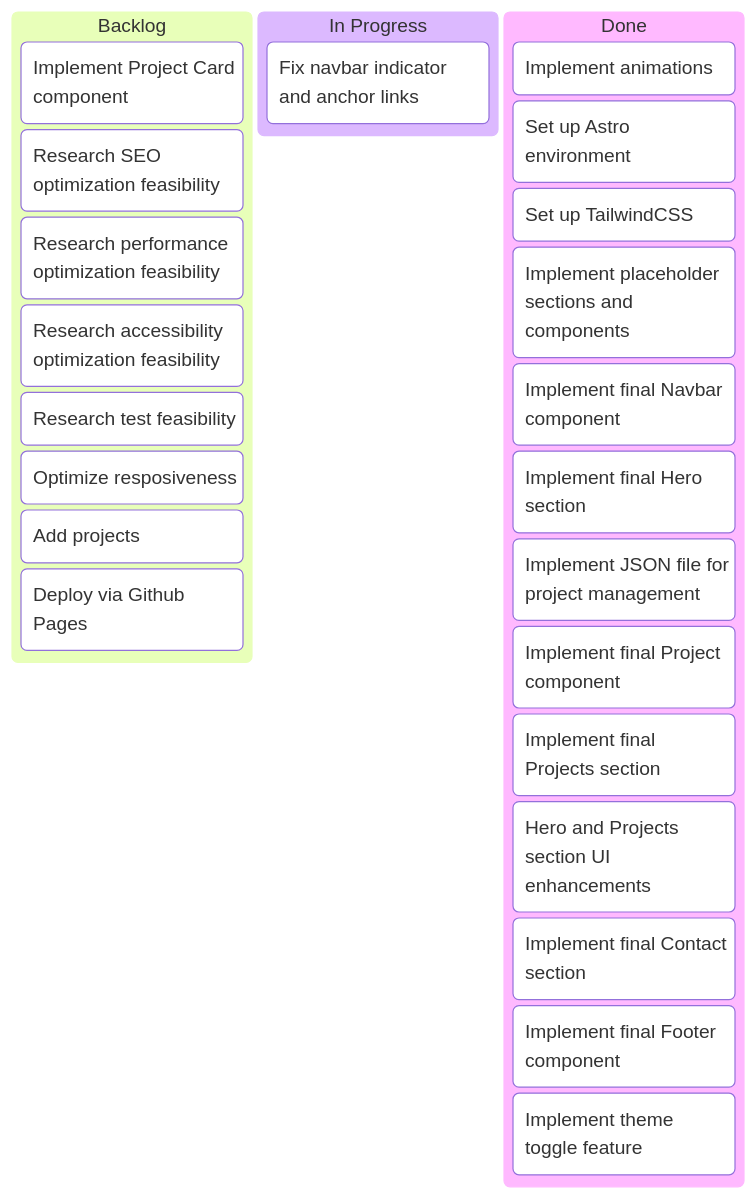
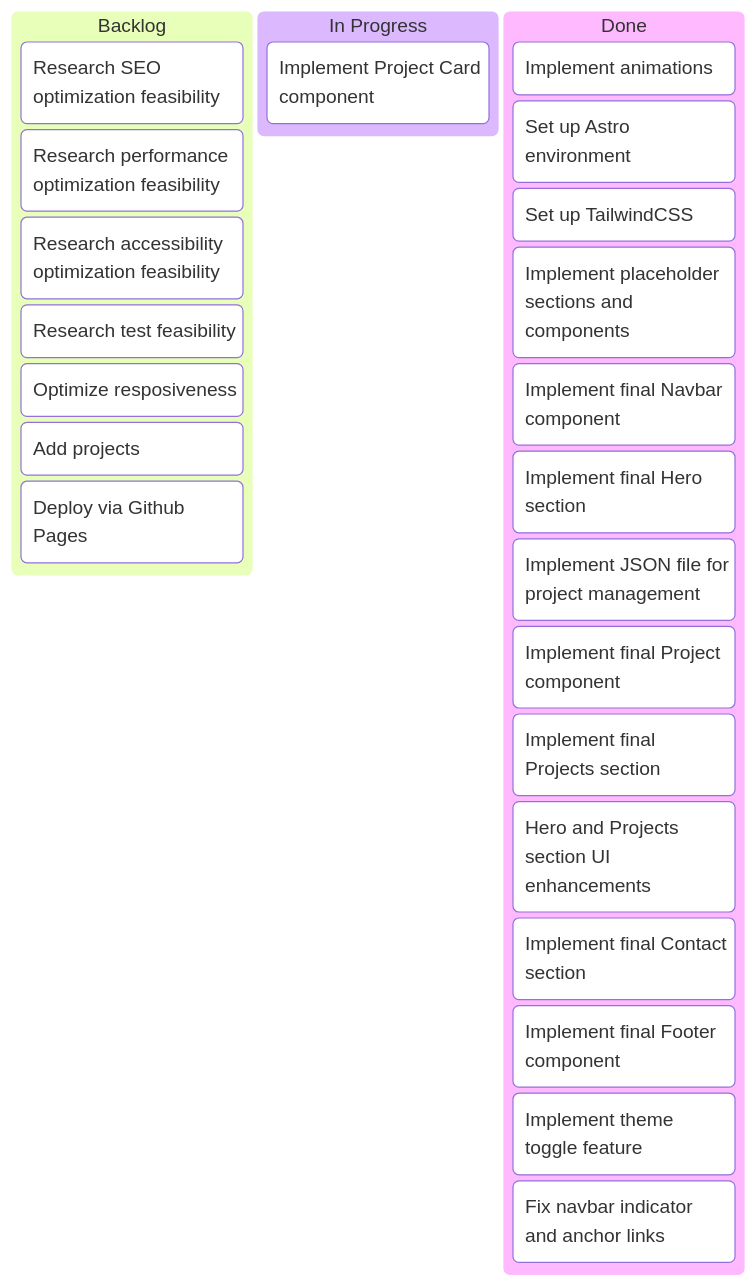
Before and after one commit to CantarinoG/portfolio: the diagram in docs/kanban.md, drawn with Mermaid. The commit also changed other lines of this file and 2 other files, not shown here.

Commit message:
feat: implement navbar scroll-spy and rename hero section id to home

````diff
--- a/docs/kanban.md
+++ b/docs/kanban.md
@@ -1,28 +1,28 @@
 ```mermaid
 kanban
   stage1[Backlog]
-    card27[Implement Project Card component]
     card17[Research SEO optimization feasibility]
     card18[Research performance optimization feasibility]
     card19[Research accessibility optimization feasibility]
     card21[Research test feasibility]
     card23[Optimize resposiveness]
     card25[Add projects]
     card20[Deploy via Github Pages]
   stage2[In Progress]
-    card28[Fix navbar indicator and anchor links]
+    card27[Implement Project Card component]
   stage3[Done]
     card16[Implement animations]
     card1[Set up Astro environment]
     card24[Set up TailwindCSS]
     card5[Implement placeholder sections and components]
     card6[Implement final Navbar component]
     card7[Implement final Hero section]
     card22[Implement JSON file for project management]
     card8[Implement final Project component]
     card11[Implement final Projects section]
     card26[Hero and Projects section UI enhancements]
     card12[Implement final Contact section]
     card14[Implement final Footer component]
     card15[Implement theme toggle feature]
+    card28[Fix navbar indicator and anchor links]
 ```
````
